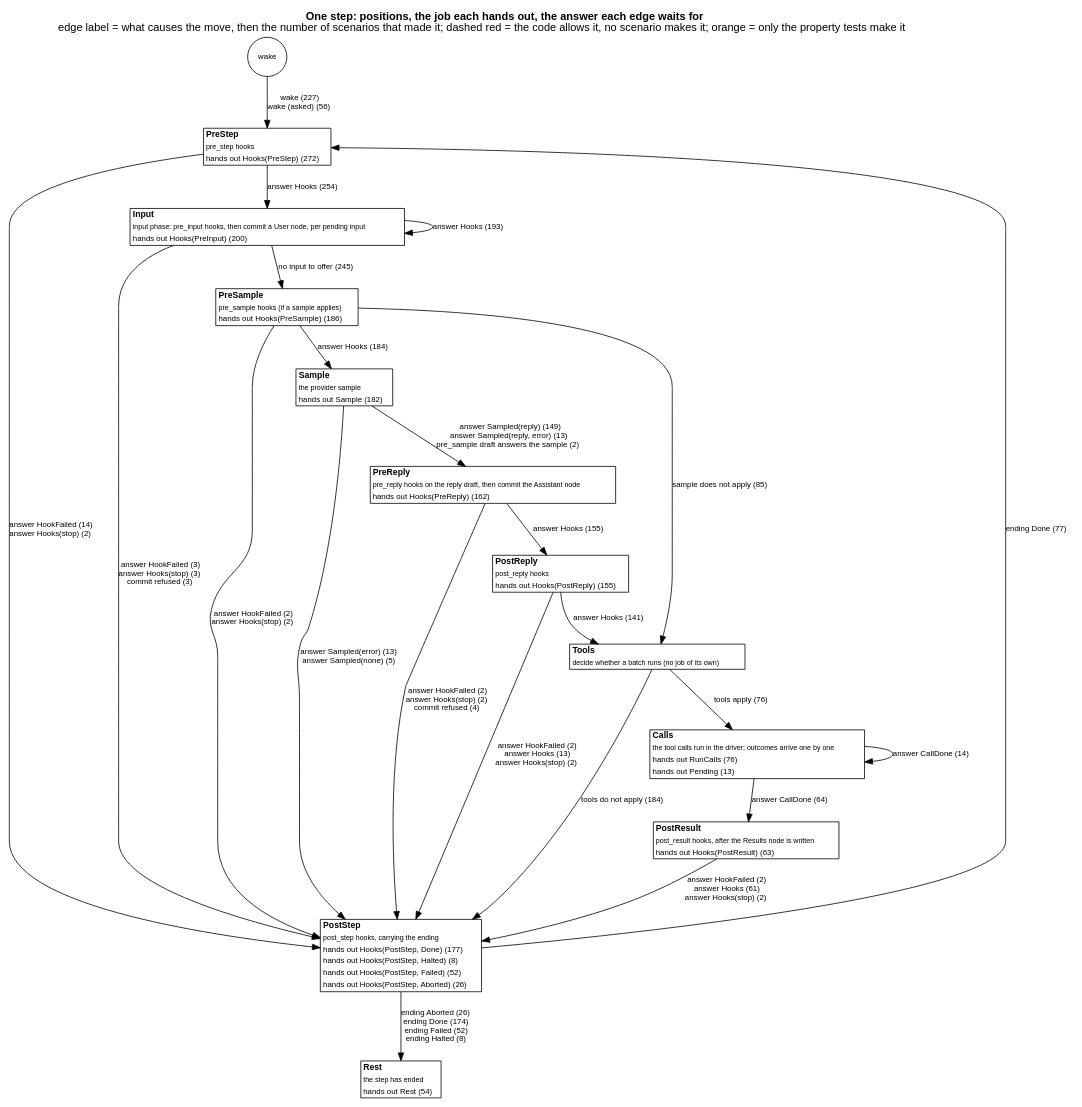
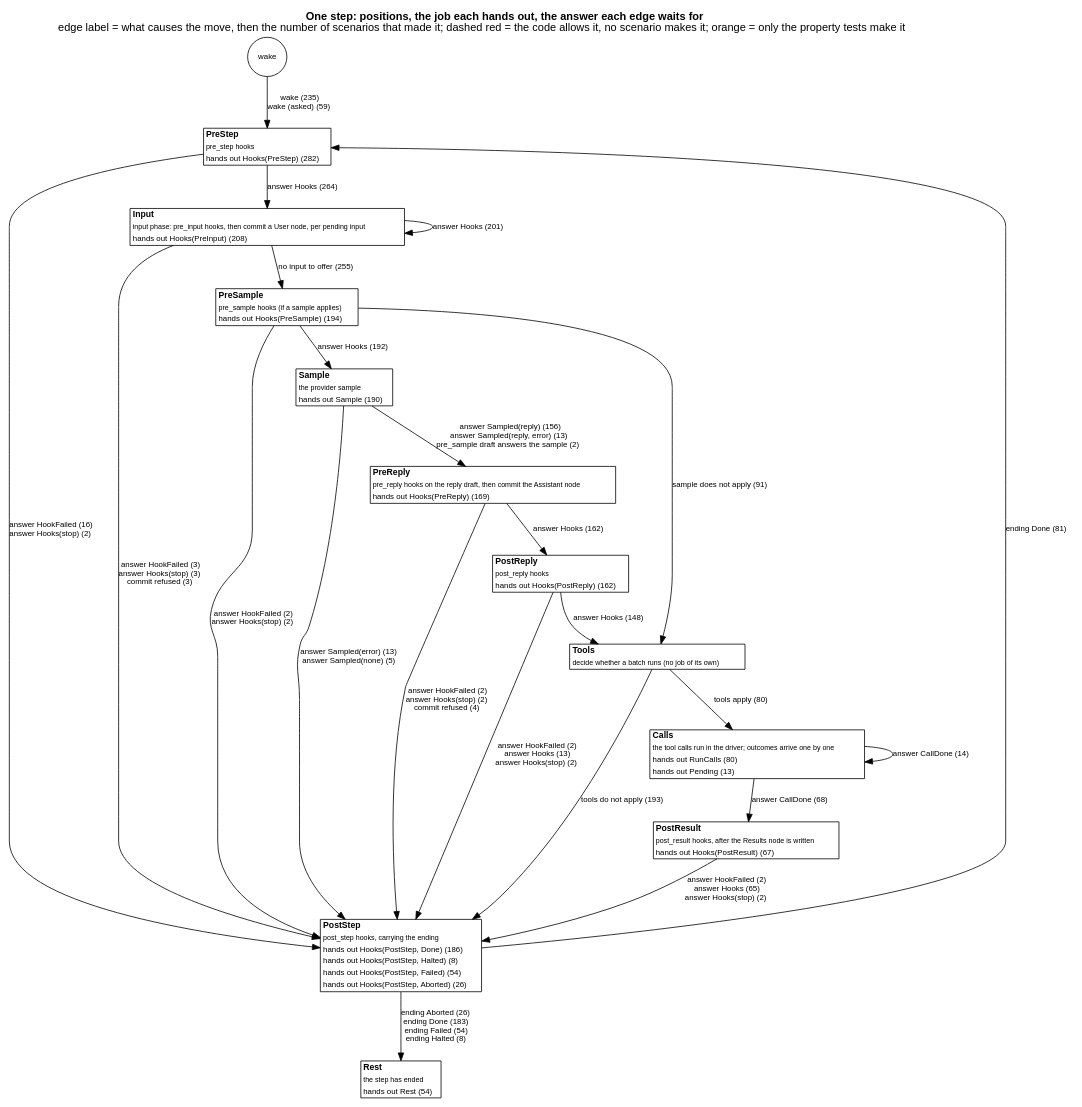
The diagram in docs/as-built/diagrams/step-positions.dot (jmccardle/tau), drawn with Graphviz before and after one commit. The commit also changed 28 other files, not shown here.

```diff
--- a/docs/as-built/diagrams/step-positions.dot
+++ b/docs/as-built/diagrams/step-positions.dot
@@ -1,40 +1,40 @@
 // Generated by scripts/diagrams.sh from the test suites' transitions. Do not edit.
 digraph step_positions {
   graph [rankdir=TB, fontname="Helvetica", nodesep=0.5, ranksep=0.6, labelloc=t, label=<<b>One step: positions, the job each hands out, the answer each edge waits for</b><br/>edge label = what causes the move, then the number of scenarios that made it; dashed red = the code allows it, no scenario makes it; orange = only the property tests make it>];
   node [shape=plain, fontname="Helvetica", fontsize=11];
   edge [fontname="Helvetica", fontsize=10];
   "(wake)" [shape=circle, label="wake", fontsize=10];
-  "PreStep" [label=<<table border="1" cellborder="0" cellspacing="0" bgcolor="white"><tr><td align="left"><b>PreStep</b></td></tr><tr><td align="left"><font point-size="9">pre_step hooks</font></td></tr><tr><td align="left"><font color="black" point-size="10">hands out Hooks(PreStep) (272)</font></td></tr></table>>];
-  "Input" [label=<<table border="1" cellborder="0" cellspacing="0" bgcolor="white"><tr><td align="left"><b>Input</b></td></tr><tr><td align="left"><font point-size="9">input phase: pre_input hooks, then commit a User node, per pending input</font></td></tr><tr><td align="left"><font color="black" point-size="10">hands out Hooks(PreInput) (200)</font></td></tr></table>>];
-  "PreSample" [label=<<table border="1" cellborder="0" cellspacing="0" bgcolor="white"><tr><td align="left"><b>PreSample</b></td></tr><tr><td align="left"><font point-size="9">pre_sample hooks (if a sample applies)</font></td></tr><tr><td align="left"><font color="black" point-size="10">hands out Hooks(PreSample) (186)</font></td></tr></table>>];
-  "Sample" [label=<<table border="1" cellborder="0" cellspacing="0" bgcolor="white"><tr><td align="left"><b>Sample</b></td></tr><tr><td align="left"><font point-size="9">the provider sample</font></td></tr><tr><td align="left"><font color="black" point-size="10">hands out Sample (182)</font></td></tr></table>>];
-  "PreReply" [label=<<table border="1" cellborder="0" cellspacing="0" bgcolor="white"><tr><td align="left"><b>PreReply</b></td></tr><tr><td align="left"><font point-size="9">pre_reply hooks on the reply draft, then commit the Assistant node</font></td></tr><tr><td align="left"><font color="black" point-size="10">hands out Hooks(PreReply) (162)</font></td></tr></table>>];
-  "PostReply" [label=<<table border="1" cellborder="0" cellspacing="0" bgcolor="white"><tr><td align="left"><b>PostReply</b></td></tr><tr><td align="left"><font point-size="9">post_reply hooks</font></td></tr><tr><td align="left"><font color="black" point-size="10">hands out Hooks(PostReply) (155)</font></td></tr></table>>];
+  "PreStep" [label=<<table border="1" cellborder="0" cellspacing="0" bgcolor="white"><tr><td align="left"><b>PreStep</b></td></tr><tr><td align="left"><font point-size="9">pre_step hooks</font></td></tr><tr><td align="left"><font color="black" point-size="10">hands out Hooks(PreStep) (282)</font></td></tr></table>>];
+  "Input" [label=<<table border="1" cellborder="0" cellspacing="0" bgcolor="white"><tr><td align="left"><b>Input</b></td></tr><tr><td align="left"><font point-size="9">input phase: pre_input hooks, then commit a User node, per pending input</font></td></tr><tr><td align="left"><font color="black" point-size="10">hands out Hooks(PreInput) (208)</font></td></tr></table>>];
+  "PreSample" [label=<<table border="1" cellborder="0" cellspacing="0" bgcolor="white"><tr><td align="left"><b>PreSample</b></td></tr><tr><td align="left"><font point-size="9">pre_sample hooks (if a sample applies)</font></td></tr><tr><td align="left"><font color="black" point-size="10">hands out Hooks(PreSample) (194)</font></td></tr></table>>];
+  "Sample" [label=<<table border="1" cellborder="0" cellspacing="0" bgcolor="white"><tr><td align="left"><b>Sample</b></td></tr><tr><td align="left"><font point-size="9">the provider sample</font></td></tr><tr><td align="left"><font color="black" point-size="10">hands out Sample (190)</font></td></tr></table>>];
+  "PreReply" [label=<<table border="1" cellborder="0" cellspacing="0" bgcolor="white"><tr><td align="left"><b>PreReply</b></td></tr><tr><td align="left"><font point-size="9">pre_reply hooks on the reply draft, then commit the Assistant node</font></td></tr><tr><td align="left"><font color="black" point-size="10">hands out Hooks(PreReply) (169)</font></td></tr></table>>];
+  "PostReply" [label=<<table border="1" cellborder="0" cellspacing="0" bgcolor="white"><tr><td align="left"><b>PostReply</b></td></tr><tr><td align="left"><font point-size="9">post_reply hooks</font></td></tr><tr><td align="left"><font color="black" point-size="10">hands out Hooks(PostReply) (162)</font></td></tr></table>>];
   "Tools" [label=<<table border="1" cellborder="0" cellspacing="0" bgcolor="white"><tr><td align="left"><b>Tools</b></td></tr><tr><td align="left"><font point-size="9">decide whether a batch runs (no job of its own)</font></td></tr></table>>];
-  "Calls" [label=<<table border="1" cellborder="0" cellspacing="0" bgcolor="white"><tr><td align="left"><b>Calls</b></td></tr><tr><td align="left"><font point-size="9">the tool calls run in the driver; outcomes arrive one by one</font></td></tr><tr><td align="left"><font color="black" point-size="10">hands out RunCalls (76)</font></td></tr><tr><td align="left"><font color="black" point-size="10">hands out Pending (13)</font></td></tr></table>>];
-  "PostResult" [label=<<table border="1" cellborder="0" cellspacing="0" bgcolor="white"><tr><td align="left"><b>PostResult</b></td></tr><tr><td align="left"><font point-size="9">post_result hooks, after the Results node is written</font></td></tr><tr><td align="left"><font color="black" point-size="10">hands out Hooks(PostResult) (63)</font></td></tr></table>>];
-  "PostStep" [label=<<table border="1" cellborder="0" cellspacing="0" bgcolor="white"><tr><td align="left"><b>PostStep</b></td></tr><tr><td align="left"><font point-size="9">post_step hooks, carrying the ending</font></td></tr><tr><td align="left"><font color="black" point-size="10">hands out Hooks(PostStep, Done) (177)</font></td></tr><tr><td align="left"><font color="black" point-size="10">hands out Hooks(PostStep, Halted) (8)</font></td></tr><tr><td align="left"><font color="black" point-size="10">hands out Hooks(PostStep, Failed) (52)</font></td></tr><tr><td align="left"><font color="black" point-size="10">hands out Hooks(PostStep, Aborted) (26)</font></td></tr></table>>];
+  "Calls" [label=<<table border="1" cellborder="0" cellspacing="0" bgcolor="white"><tr><td align="left"><b>Calls</b></td></tr><tr><td align="left"><font point-size="9">the tool calls run in the driver; outcomes arrive one by one</font></td></tr><tr><td align="left"><font color="black" point-size="10">hands out RunCalls (80)</font></td></tr><tr><td align="left"><font color="black" point-size="10">hands out Pending (13)</font></td></tr></table>>];
+  "PostResult" [label=<<table border="1" cellborder="0" cellspacing="0" bgcolor="white"><tr><td align="left"><b>PostResult</b></td></tr><tr><td align="left"><font point-size="9">post_result hooks, after the Results node is written</font></td></tr><tr><td align="left"><font color="black" point-size="10">hands out Hooks(PostResult) (67)</font></td></tr></table>>];
+  "PostStep" [label=<<table border="1" cellborder="0" cellspacing="0" bgcolor="white"><tr><td align="left"><b>PostStep</b></td></tr><tr><td align="left"><font point-size="9">post_step hooks, carrying the ending</font></td></tr><tr><td align="left"><font color="black" point-size="10">hands out Hooks(PostStep, Done) (186)</font></td></tr><tr><td align="left"><font color="black" point-size="10">hands out Hooks(PostStep, Halted) (8)</font></td></tr><tr><td align="left"><font color="black" point-size="10">hands out Hooks(PostStep, Failed) (54)</font></td></tr><tr><td align="left"><font color="black" point-size="10">hands out Hooks(PostStep, Aborted) (26)</font></td></tr></table>>];
   "Rest" [label=<<table border="1" cellborder="0" cellspacing="0" bgcolor="white"><tr><td align="left"><b>Rest</b></td></tr><tr><td align="left"><font point-size="9">the step has ended</font></td></tr><tr><td align="left"><font color="black" point-size="10">hands out Rest (54)</font></td></tr></table>>];
-  "(wake)" -> "PreStep" [label=<wake (227)<br/>wake (asked) (56)>, color="black", style=solid];
+  "(wake)" -> "PreStep" [label=<wake (235)<br/>wake (asked) (59)>, color="black", style=solid];
   "Calls" -> "Calls" [label=<answer CallDone (14)>, color="black", style=solid];
-  "Calls" -> "PostResult" [label=<answer CallDone (64)>, color="black", style=solid];
-  "Input" -> "Input" [label=<answer Hooks (193)>, color="black", style=solid];
+  "Calls" -> "PostResult" [label=<answer CallDone (68)>, color="black", style=solid];
+  "Input" -> "Input" [label=<answer Hooks (201)>, color="black", style=solid];
   "Input" -> "PostStep" [label=<answer HookFailed (3)<br/>answer Hooks(stop) (3)<br/>commit refused (3)>, color="black", style=solid];
-  "Input" -> "PreSample" [label=<no input to offer (245)>, color="black", style=solid];
+  "Input" -> "PreSample" [label=<no input to offer (255)>, color="black", style=solid];
   "PostReply" -> "PostStep" [label=<answer HookFailed (2)<br/>answer Hooks (13)<br/>answer Hooks(stop) (2)>, color="black", style=solid];
-  "PostReply" -> "Tools" [label=<answer Hooks (141)>, color="black", style=solid];
-  "PostResult" -> "PostStep" [label=<answer HookFailed (2)<br/>answer Hooks (61)<br/>answer Hooks(stop) (2)>, color="black", style=solid];
-  "PostStep" -> "PreStep" [label=<ending Done (77)>, color="black", style=solid];
-  "PostStep" -> "Rest" [label=<ending Aborted (26)<br/>ending Done (174)<br/>ending Failed (52)<br/>ending Halted (8)>, color="black", style=solid];
-  "PreReply" -> "PostReply" [label=<answer Hooks (155)>, color="black", style=solid];
+  "PostReply" -> "Tools" [label=<answer Hooks (148)>, color="black", style=solid];
+  "PostResult" -> "PostStep" [label=<answer HookFailed (2)<br/>answer Hooks (65)<br/>answer Hooks(stop) (2)>, color="black", style=solid];
+  "PostStep" -> "PreStep" [label=<ending Done (81)>, color="black", style=solid];
+  "PostStep" -> "Rest" [label=<ending Aborted (26)<br/>ending Done (183)<br/>ending Failed (54)<br/>ending Halted (8)>, color="black", style=solid];
+  "PreReply" -> "PostReply" [label=<answer Hooks (162)>, color="black", style=solid];
   "PreReply" -> "PostStep" [label=<answer HookFailed (2)<br/>answer Hooks(stop) (2)<br/>commit refused (4)>, color="black", style=solid];
   "PreSample" -> "PostStep" [label=<answer HookFailed (2)<br/>answer Hooks(stop) (2)>, color="black", style=solid];
-  "PreSample" -> "Sample" [label=<answer Hooks (184)>, color="black", style=solid];
-  "PreSample" -> "Tools" [label=<sample does not apply (85)>, color="black", style=solid];
-  "PreStep" -> "Input" [label=<answer Hooks (254)>, color="black", style=solid];
-  "PreStep" -> "PostStep" [label=<answer HookFailed (14)<br/>answer Hooks(stop) (2)>, color="black", style=solid];
+  "PreSample" -> "Sample" [label=<answer Hooks (192)>, color="black", style=solid];
+  "PreSample" -> "Tools" [label=<sample does not apply (91)>, color="black", style=solid];
+  "PreStep" -> "Input" [label=<answer Hooks (264)>, color="black", style=solid];
+  "PreStep" -> "PostStep" [label=<answer HookFailed (16)<br/>answer Hooks(stop) (2)>, color="black", style=solid];
   "Sample" -> "PostStep" [label=<answer Sampled(error) (13)<br/>answer Sampled(none) (5)>, color="black", style=solid];
-  "Sample" -> "PreReply" [label=<answer Sampled(reply) (149)<br/>answer Sampled(reply, error) (13)<br/>pre_sample draft answers the sample (2)>, color="black", style=solid];
-  "Tools" -> "Calls" [label=<tools apply (76)>, color="black", style=solid];
-  "Tools" -> "PostStep" [label=<tools do not apply (184)>, color="black", style=solid];
+  "Sample" -> "PreReply" [label=<answer Sampled(reply) (156)<br/>answer Sampled(reply, error) (13)<br/>pre_sample draft answers the sample (2)>, color="black", style=solid];
+  "Tools" -> "Calls" [label=<tools apply (80)>, color="black", style=solid];
+  "Tools" -> "PostStep" [label=<tools do not apply (193)>, color="black", style=solid];
 }
```
